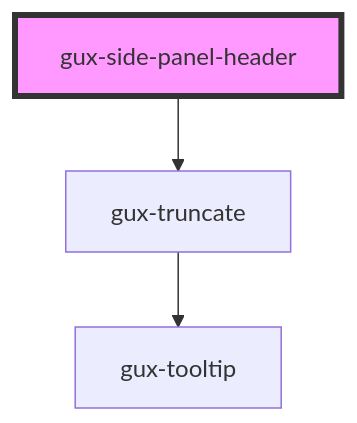
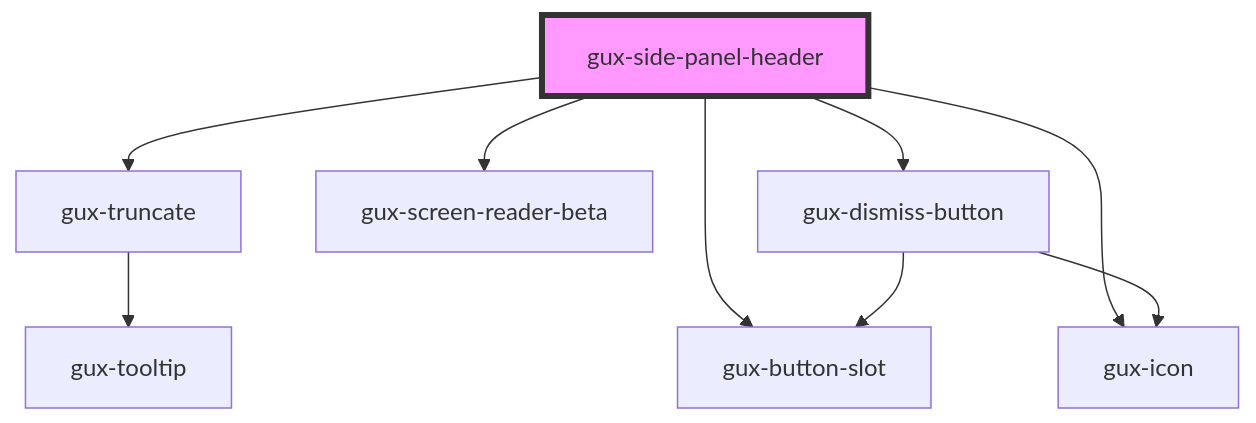
One commit to MyPureCloud/genesys-spark changed the diagram in packages/genesys-spark-components/src/components/beta/gux-side-panel/components/gux-side-panel-header/readme.md. Above: the diagram before and after it, drawn with Mermaid. The commit also changed other lines of this file and 21 other files, not shown here.

First line of the commit message:
chore(side-panel-beta): Side panel expandable logic

````diff
--- a/packages/genesys-spark-components/src/components/beta/gux-side-panel/components/gux-side-panel-header/readme.md
+++ b/packages/genesys-spark-components/src/components/beta/gux-side-panel/components/gux-side-panel-header/readme.md
@@ -25,6 +38,12 @@
 ```mermaid
 graph TD;
   gux-side-panel-header --> gux-truncate
+  gux-side-panel-header --> gux-button-slot
+  gux-side-panel-header --> gux-icon
+  gux-side-panel-header --> gux-screen-reader-beta
+  gux-side-panel-header --> gux-dismiss-button
   gux-truncate --> gux-tooltip
+  gux-dismiss-button --> gux-button-slot
+  gux-dismiss-button --> gux-icon
   style gux-side-panel-header fill:#f9f,stroke:#333,stroke-width:4px
 ```
````
